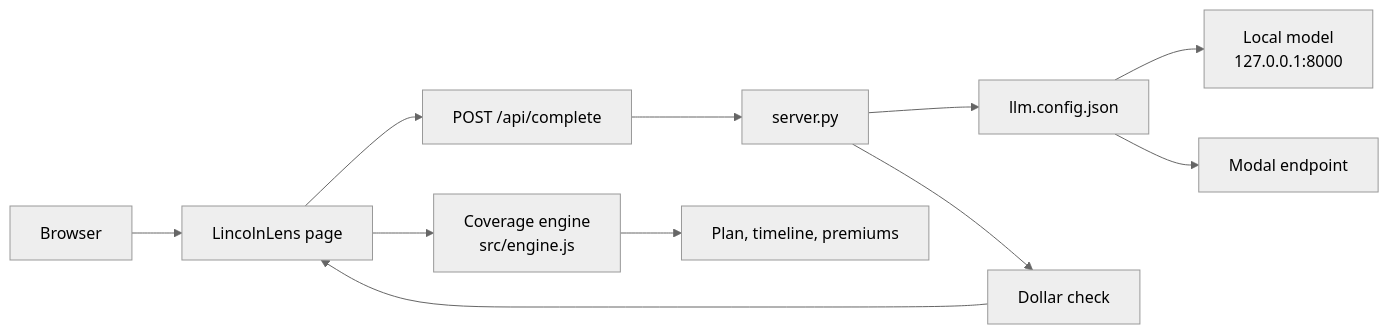
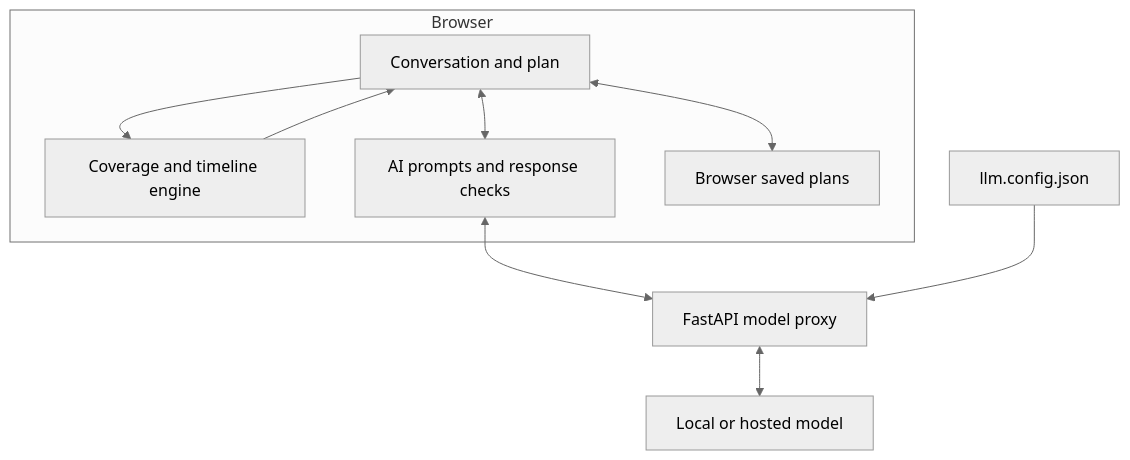
The diagram in README.md (dineth99-bit/Life-LensV2), drawn with Mermaid (neutral theme) before and after one commit. The commit also changed other lines of this file, not shown here.

````diff
--- a/README.md
+++ b/README.md
@@ -36,13 +166,16 @@
 ```mermaid
-flowchart LR
-  Browser["Browser"] --> Page["LincolnLens page"]
-  Page --> Engine["Coverage engine<br/>src/engine.js"]
-  Page --> API["POST /api/complete"]
-  API --> Proxy["server.py"]
-  Proxy --> Config["llm.config.json"]
-  Config --> Local["Local model<br/>127.0.0.1:8000"]
-  Config --> Modal["Modal endpoint"]
-  Engine --> Panel["Plan, timeline, premiums"]
-  Proxy --> Guard["Dollar check"]
-  Guard --> Page
+flowchart TD
+  subgraph Browser
+    UI["Conversation and plan"]
+    Engine["Coverage and timeline engine"]
+    AI["AI prompts and response checks"]
+    Saved["Browser saved plans"]
+    UI --> Engine
+    Engine --> UI
+    UI <--> AI
+    UI <--> Saved
+  end
+  AI <--> Proxy["FastAPI model proxy"]
+  Config["llm.config.json"] --> Proxy
+  Proxy <--> Model["Local or hosted model"]
 ```
````
